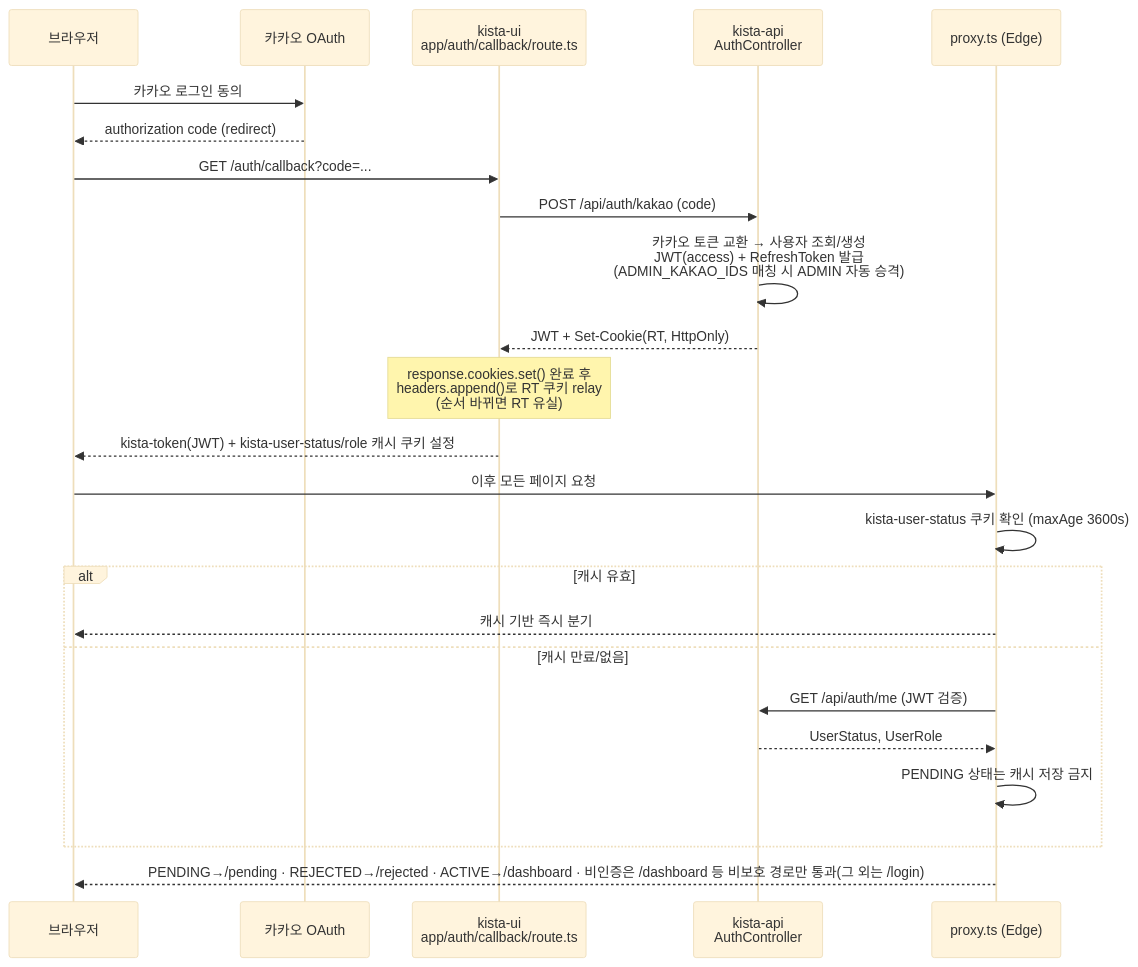
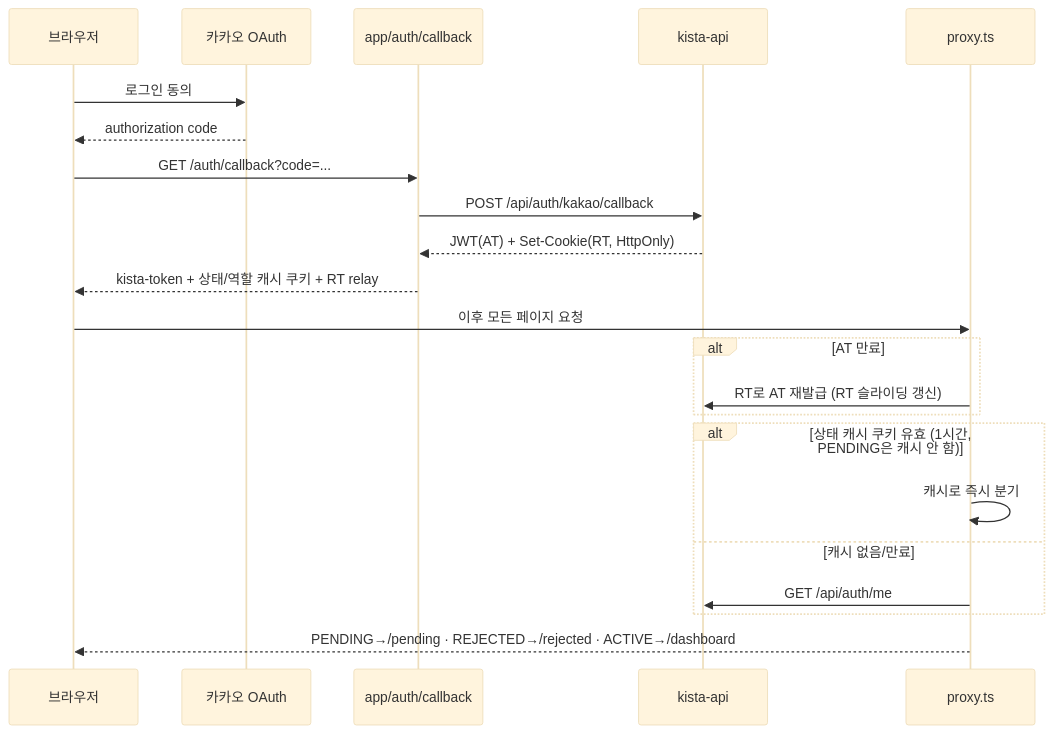
Before and after one commit to narafu/kista-ui: the third of 3 diagrams in README.md, drawn with Mermaid (base theme). The commit also changed other lines of this file, not shown here.

````diff
--- a/README.md
+++ b/README.md
@@ -93,27 +72,25 @@
 ```mermaid
 sequenceDiagram
     participant B as 브라우저
     participant K as 카카오 OAuth
-    participant CB as kista-ui<br/>app/auth/callback/route.ts
-    participant API as kista-api<br/>AuthController
-    participant P as proxy.ts (Edge)
+    participant CB as app/auth/callback
+    participant API as kista-api
+    participant P as proxy.ts
 
-    B->>K: 카카오 로그인 동의
-    K-->>B: authorization code (redirect)
+    B->>K: 로그인 동의
+    K-->>B: authorization code
     B->>CB: GET /auth/callback?code=...
-    CB->>API: POST /api/auth/kakao (code)
-    API->>API: 카카오 토큰 교환 → 사용자 조회/생성<br/>JWT(access) + RefreshToken 발급<br/>(ADMIN_KAKAO_IDS 매칭 시 ADMIN 자동 승격)
-    API-->>CB: JWT + Set-Cookie(RT, HttpOnly)
-    Note over CB: response.cookies.set() 완료 후<br/>headers.append()로 RT 쿠키 relay<br/>(순서 바뀌면 RT 유실)
-    CB-->>B: kista-token(JWT) + kista-user-status/role 캐시 쿠키 설정
+    CB->>API: POST /api/auth/kakao/callback
+    API-->>CB: JWT(AT) + Set-Cookie(RT, HttpOnly)
+    CB-->>B: kista-token + 상태/역할 캐시 쿠키 + RT relay
     B->>P: 이후 모든 페이지 요청
-    P->>P: kista-user-status 쿠키 확인 (maxAge 3600s)
-    alt 캐시 유효
-        P-->>B: 캐시 기반 즉시 분기
-    else 캐시 만료/없음
-        P->>API: GET /api/auth/me (JWT 검증)
-        API-->>P: UserStatus, UserRole
-        P->>P: PENDING 상태는 캐시 저장 금지
+    alt AT 만료
+        P->>API: RT로 AT 재발급 (RT 슬라이딩 갱신)
     end
-    P-->>B: PENDING→/pending · REJECTED→/rejected · ACTIVE→/dashboard · 비인증은 /dashboard 등 비보호 경로만 통과(그 외는 /login)
+    alt 상태 캐시 쿠키 유효 (1시간, PENDING은 캐시 안 함)
+        P->>P: 캐시로 즉시 분기
+    else 캐시 없음/만료
+        P->>API: GET /api/auth/me
+    end
+    P-->>B: PENDING→/pending · REJECTED→/rejected · ACTIVE→/dashboard
 ```
````
